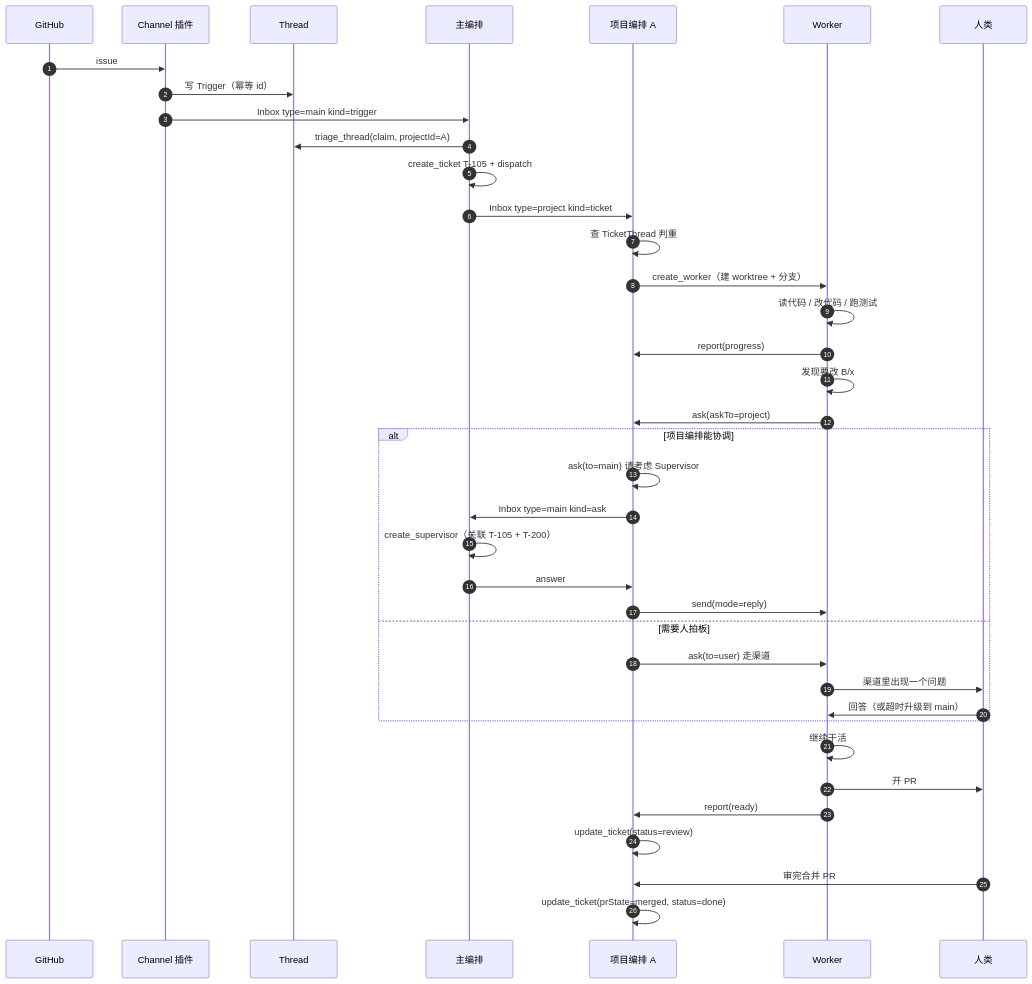
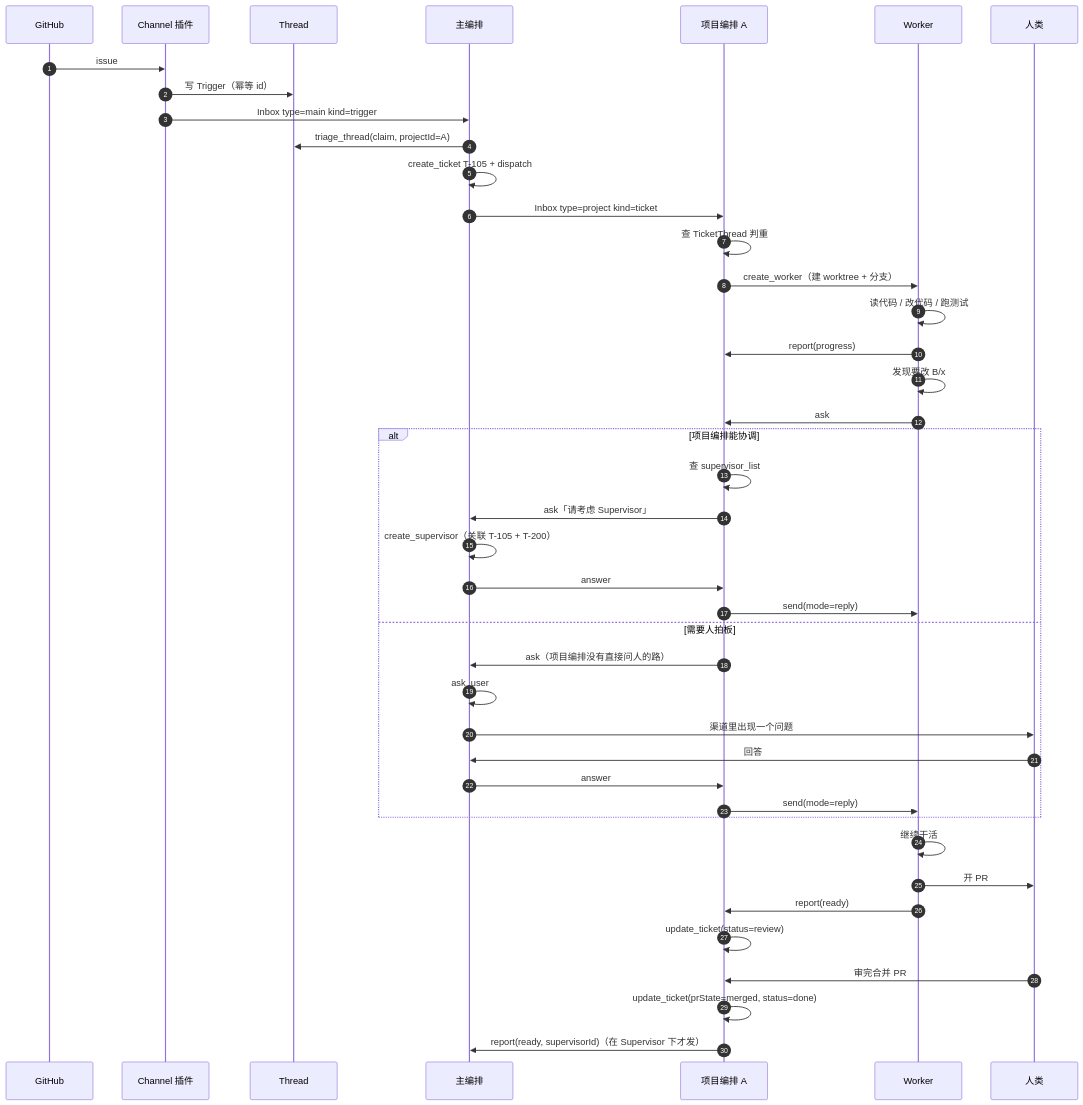
One commit to hairyf/dsh-nexus changed diagram 17 of 18 in docs/flow.md. Above: the diagram before and after it, drawn with Mermaid. The commit also changed other lines of this file and 7 other files, not shown here.

````diff
--- a/docs/flow.md
+++ b/docs/flow.md
@@ -442,46 +514,50 @@
 ```mermaid
 sequenceDiagram
     autonumber
     participant GH as GitHub
     participant CH as Channel 插件
     participant TH as Thread
     participant M as 主编排
     participant P as 项目编排 A
     participant W as Worker
     participant U as 人类
 
     GH->>CH: issue #42 有人 @bot
     CH->>TH: 写 Trigger（幂等 id）
     CH->>M: Inbox type=main kind=trigger
     M->>TH: triage_thread(claim, projectId=A)
     M->>M: create_ticket T-105 + dispatch
     M->>P: Inbox type=project kind=ticket
 
     P->>P: 查 TicketThread 判重
     P->>W: create_worker（建 worktree + 分支）
     W->>W: 读代码 / 改代码 / 跑测试
 
     W->>P: report(progress)
     W->>W: 发现要改 B/x
-    W->>P: ask(askTo=project)
+    W->>P: ask
 
     alt 项目编排能协调
-        P->>P: ask(to=main) 请考虑 Supervisor
-        P->>M: Inbox type=main kind=ask
+        P->>P: 查 supervisor_list
+        P->>M: ask「请考虑 Supervisor」
         M->>M: create_supervisor（关联 T-105 + T-200）
         M->>P: answer
         P->>W: send(mode=reply)
     else 需要人拍板
-        P->>W: ask(to=user) 走渠道
-        W->>U: 渠道里出现一个问题
-        U->>W: 回答（或超时升级到 main）
+        P->>M: ask（项目编排没有直接问人的路）
+        M->>M: ask_user
+        M->>U: 渠道里出现一个问题
+        U->>M: 回答
+        M->>P: answer
+        P->>W: send(mode=reply)
     end
 
     W->>W: 继续干活
     W->>U: 开 PR
     W->>P: report(ready)
     P->>P: update_ticket(status=review)
 
     U->>P: 审完合并 PR
     P->>P: update_ticket(prState=merged, status=done)
+    P->>M: report(ready, supervisorId)（在 Supervisor 下才发）
 ```
````
